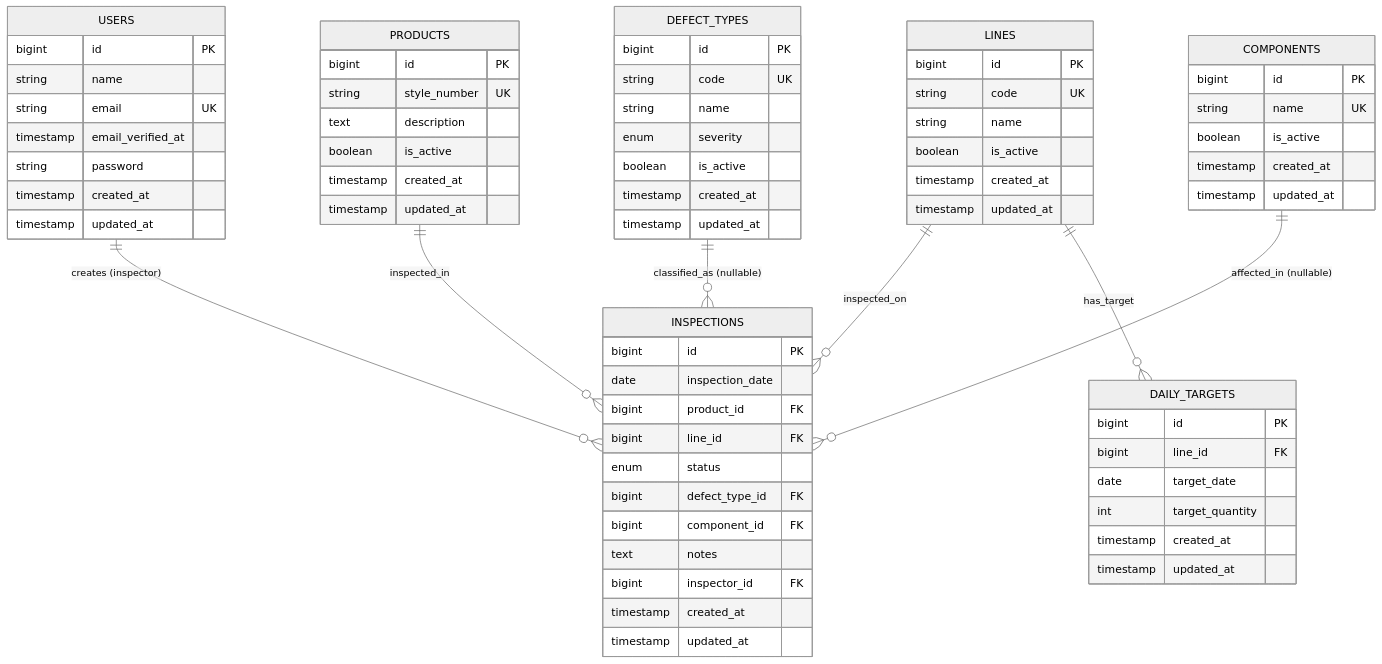
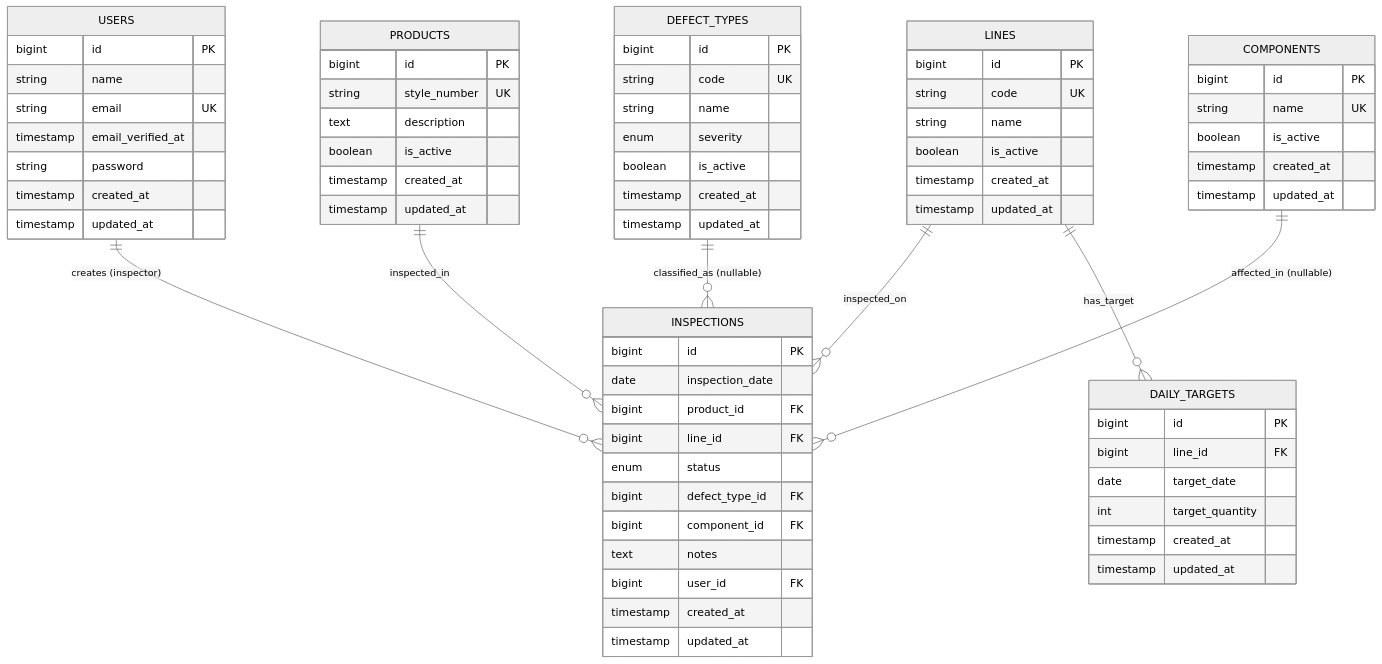
Before and after one commit to ginganomercy/qc-monitoring-sys: the diagram in SCHEMA.md, drawn with Mermaid (neutral theme). The commit also changed other lines of this file and 27 other files, not shown here.

````diff
--- a/SCHEMA.md
+++ b/SCHEMA.md
@@ -13,80 +13,80 @@
 ```mermaid
 erDiagram
     USERS ||--o{ INSPECTIONS : "creates (inspector)"
 
     PRODUCTS ||--o{ INSPECTIONS : "inspected_in"
     LINES    ||--o{ INSPECTIONS : "inspected_on"
     LINES    ||--o{ DAILY_TARGETS : "has_target"
 
     DEFECT_TYPES ||--o{ INSPECTIONS : "classified_as (nullable)"
     COMPONENTS   ||--o{ INSPECTIONS : "affected_in (nullable)"
 
     USERS {
         bigint id PK
         string name
         string email UK
         timestamp email_verified_at
         string password
         timestamp created_at
         timestamp updated_at
     }
 
     PRODUCTS {
         bigint id PK
         string style_number UK
         text description
         boolean is_active
         timestamp created_at
         timestamp updated_at
     }
 
     LINES {
         bigint id PK
         string code UK
         string name
         boolean is_active
         timestamp created_at
         timestamp updated_at
     }
 
     DEFECT_TYPES {
         bigint id PK
         string code UK
         string name
         enum severity
         boolean is_active
         timestamp created_at
         timestamp updated_at
     }
 
     COMPONENTS {
         bigint id PK
         string name UK
         boolean is_active
         timestamp created_at
         timestamp updated_at
     }
 
     DAILY_TARGETS {
         bigint id PK
         bigint line_id FK
         date target_date
         int target_quantity
         timestamp created_at
         timestamp updated_at
     }
 
     INSPECTIONS {
         bigint id PK
         date inspection_date
         bigint product_id FK
         bigint line_id FK
         enum status
         bigint defect_type_id FK
         bigint component_id FK
         text notes
-        bigint inspector_id FK
+        bigint user_id FK
         timestamp created_at
         timestamp updated_at
     }
 ```
````
